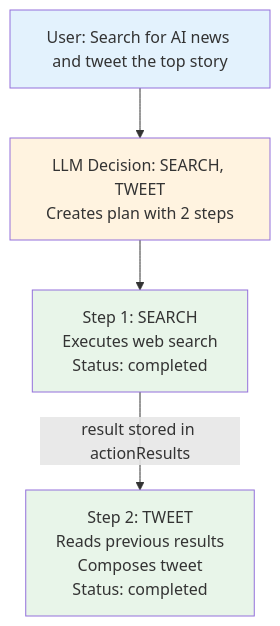
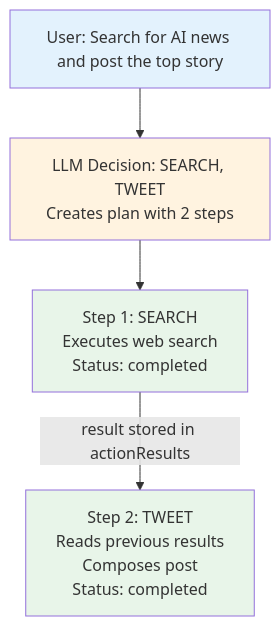
Before and after one commit to elizaOS/eliza: the diagram in apps/docs/guides/action-planning.mdx, drawn with Mermaid. The commit also changed other lines of this file and 146 other files, not shown here.

````diff
--- a/apps/docs/guides/action-planning.mdx
+++ b/apps/docs/guides/action-planning.mdx
@@ -44,16 +44,16 @@
 ```mermaid
 flowchart TB
-    User["User: Search for AI news and tweet the top story"]
+    User["User: Search for AI news and post the top story"]
     LLM["LLM Decision: SEARCH, TWEET<br/>Creates plan with 2 steps"]
     Step1["Step 1: SEARCH<br/>Executes web search<br/>Status: completed"]
-    Step2["Step 2: TWEET<br/>Reads previous results<br/>Composes tweet<br/>Status: completed"]
+    Step2["Step 2: TWEET<br/>Reads previous results<br/>Composes post<br/>Status: completed"]
 
     User --> LLM
     LLM --> Step1
     Step1 -->|"result stored in actionResults"| Step2
 
     style User fill:#e3f2fd
     style LLM fill:#fff3e0
     style Step1 fill:#e8f5e9
     style Step2 fill:#e8f5e9
 ```
````
